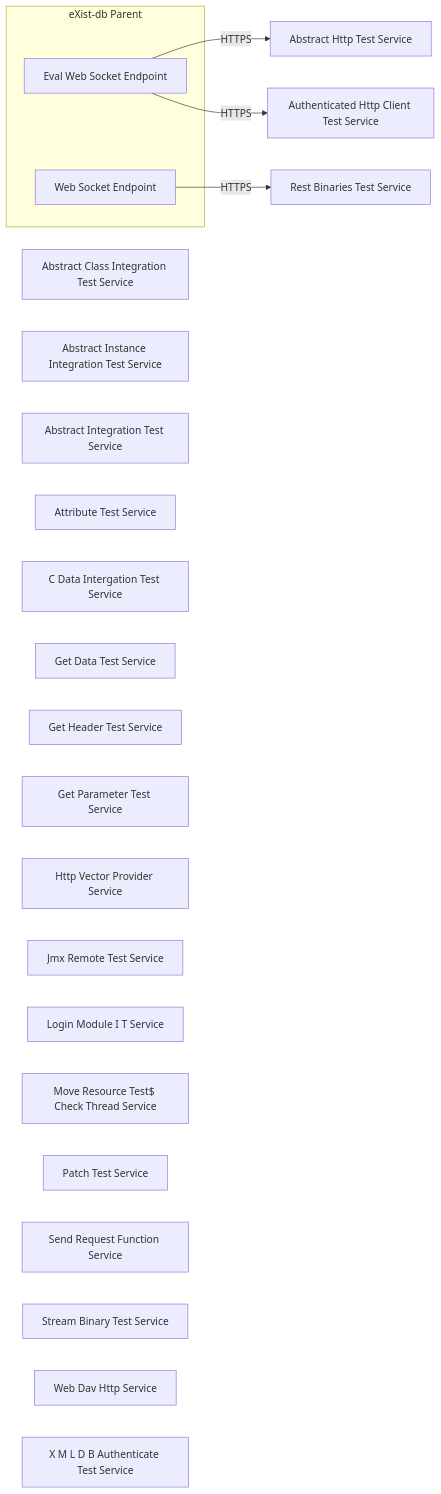
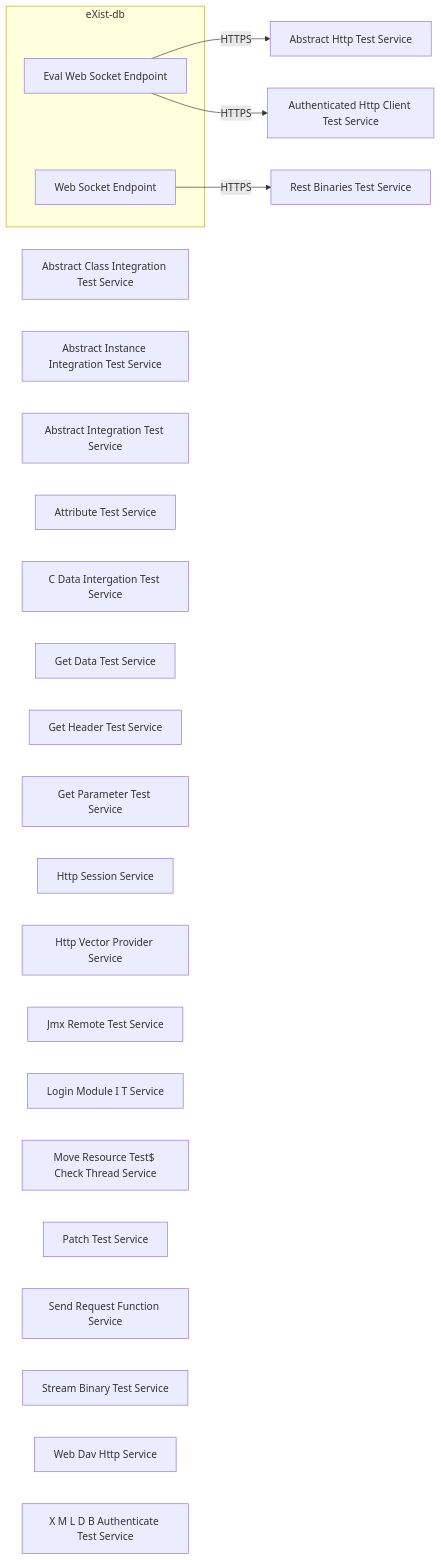
Before and after one commit to eXist-db/exist: the diagram in .moderne/context/architecture.md, drawn with Mermaid. The commit also changed other lines of this file and 15 other files, not shown here.

````diff
--- a/.moderne/context/architecture.md
+++ b/.moderne/context/architecture.md
@@ -5,32 +5,33 @@
 ```mermaid
 flowchart LR
-  subgraph exist-parent["eXist-db Parent"]
+  subgraph exist["eXist-db"]
     eval-web-socket-endpoint["Eval Web Socket Endpoint"]
     web-socket-endpoint["Web Socket Endpoint"]
   end
 
   abstract-class-integration-test-service["Abstract Class Integration Test Service"]
   abstract-http-test-service["Abstract Http Test Service"]
   abstract-instance-integration-test-service["Abstract Instance Integration Test Service"]
   abstract-integration-test-service["Abstract Integration Test Service"]
   attribute-test-service["Attribute Test Service"]
   authenticated-http-client-test-service["Authenticated Http Client Test Service"]
   c-data-intergation-test-service["C Data Intergation Test Service"]
   get-data-test-service["Get Data Test Service"]
   get-header-test-service["Get Header Test Service"]
   get-parameter-test-service["Get Parameter Test Service"]
+  http-session-service["Http Session Service"]
   http-vector-provider-service["Http Vector Provider Service"]
   jmx-remote-test-service["Jmx Remote Test Service"]
   login-module-i-t-service["Login Module I T Service"]
   move-resource-test$-check-thread-service["Move Resource Test$ Check Thread Service"]
   patch-test-service["Patch Test Service"]
   rest-binaries-test-service["Rest Binaries Test Service"]
   send-request-function-service["Send Request Function Service"]
   stream-binary-test-service["Stream Binary Test Service"]
   web-dav-http-service["Web Dav Http Service"]
   x-m-l-d-b-authenticate-test-service["X M L D B Authenticate Test Service"]
 
   eval-web-socket-endpoint -->|HTTPS| abstract-http-test-service
   eval-web-socket-endpoint -->|HTTPS| authenticated-http-client-test-service
   web-socket-endpoint -->|HTTPS| rest-binaries-test-service
 ```
````
